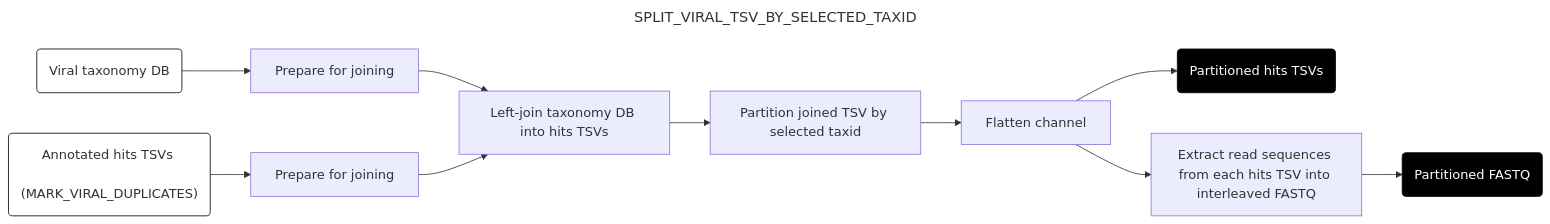
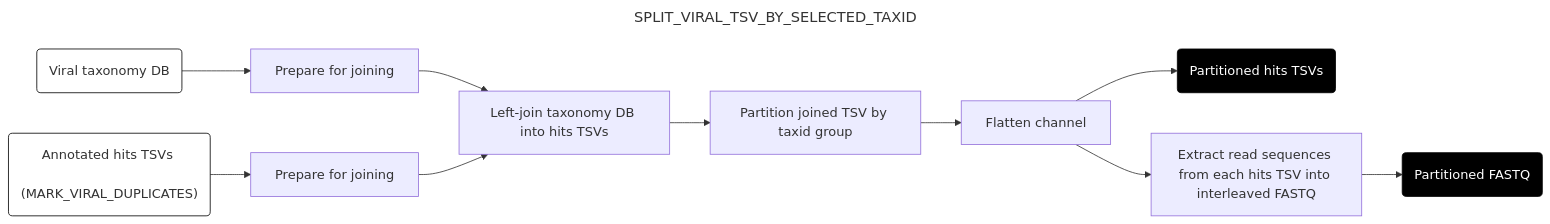
One commit to naobservatory/mgs-workflow changed the fifth of 11 diagrams in docs/downstream.md. Above: the diagram before and after it, drawn with Mermaid. The commit also changed other lines of this file and 2 other files, not shown here.

````diff
--- a/docs/downstream.md
+++ b/docs/downstream.md
@@ -230,21 +230,21 @@
 ```mermaid
 ---
 title: SPLIT_VIRAL_TSV_BY_SELECTED_TAXID
 config:
   layout: horizontal
 ---
 flowchart LR
 A("Viral taxonomy DB") --> B[Prepare for joining]
 C("Annotated hits TSVs <br> (MARK_VIRAL_DUPLICATES)") --> D[Prepare for joining]
 B --> E[Left-join taxonomy DB into hits TSVs]
 D --> E
-E --> F[Partition joined TSV by selected taxid]
+E --> F[Partition joined TSV by taxid group]
 F --> G[Flatten channel]
 G --> H(Partitioned hits TSVs)
 G --> I[Extract read sequences from each hits TSV into interleaved FASTQ]
 I --> J(Partitioned FASTQ)
 style A fill:#fff,stroke:#000
 style C fill:#fff,stroke:#000
 style H fill:#000,color:#fff,stroke:#000
 style J fill:#000,color:#fff,stroke:#000
 ```
````
